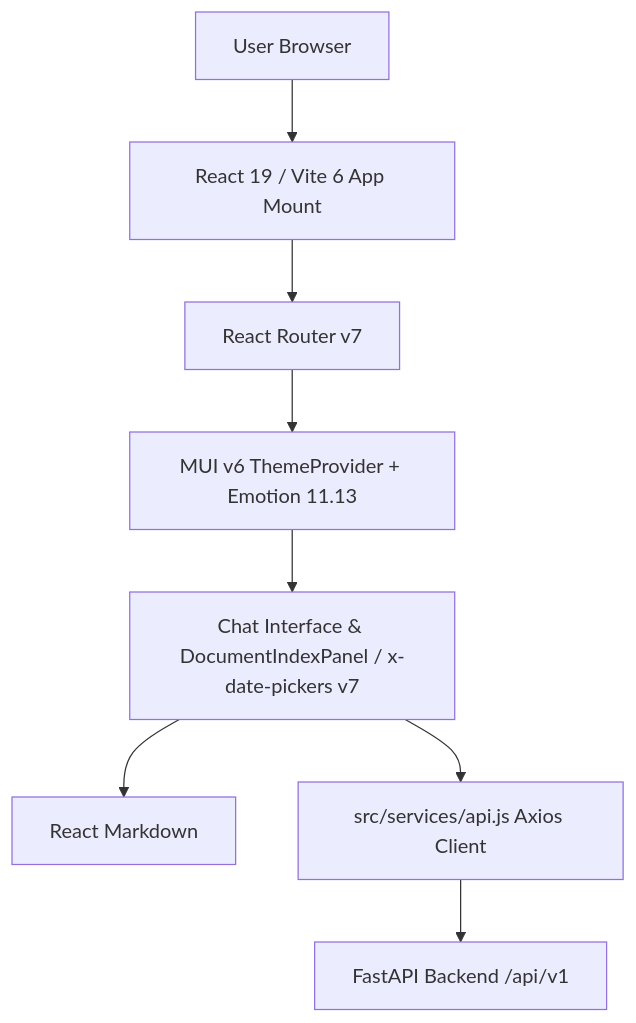
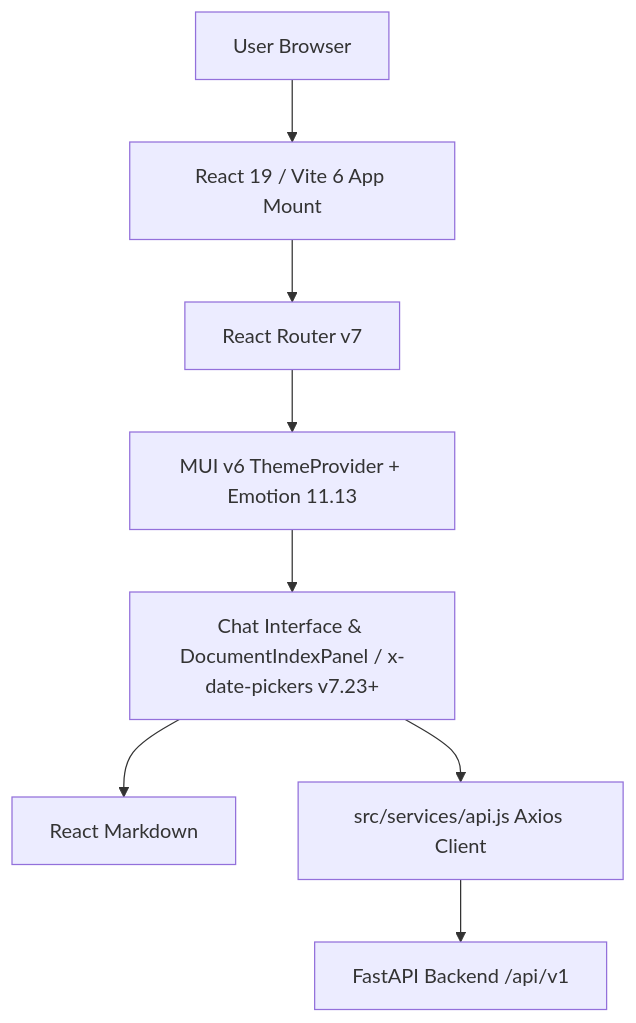
Before and after one commit to akjamie/rag-chatbot-ui: the diagram in openspec/changes/update-dependencies-get-related-libs/design.md, drawn with Mermaid. The commit also changed other lines of this file and 6 other files, not shown here.

Commit message:
spec(update-dependencies-get-related-libs): fix x-date-pickers floor (^7.23.0), node >=20, jsdom matchMedia AC3, and risk assessment

````diff
--- a/openspec/changes/update-dependencies-get-related-libs/design.md
+++ b/openspec/changes/update-dependencies-get-related-libs/design.md
@@ -6,10 +6,10 @@
 ```mermaid
 flowchart TD
     Browser[User Browser] --> ViteApp[React 19 / Vite 6 App Mount]
     ViteApp --> Router[React Router v7]
     Router --> ThemeProvider[MUI v6 ThemeProvider + Emotion 11.13]
-    ThemeProvider --> ChatView[Chat Interface & DocumentIndexPanel / x-date-pickers v7]
+    ThemeProvider --> ChatView[Chat Interface & DocumentIndexPanel / x-date-pickers v7.23+]
     ChatView --> MarkdownRenderer[React Markdown]
     ChatView --> AxiosClient[src/services/api.js Axios Client]
     AxiosClient --> BackendAPI[FastAPI Backend /api/v1]
 ```
````
